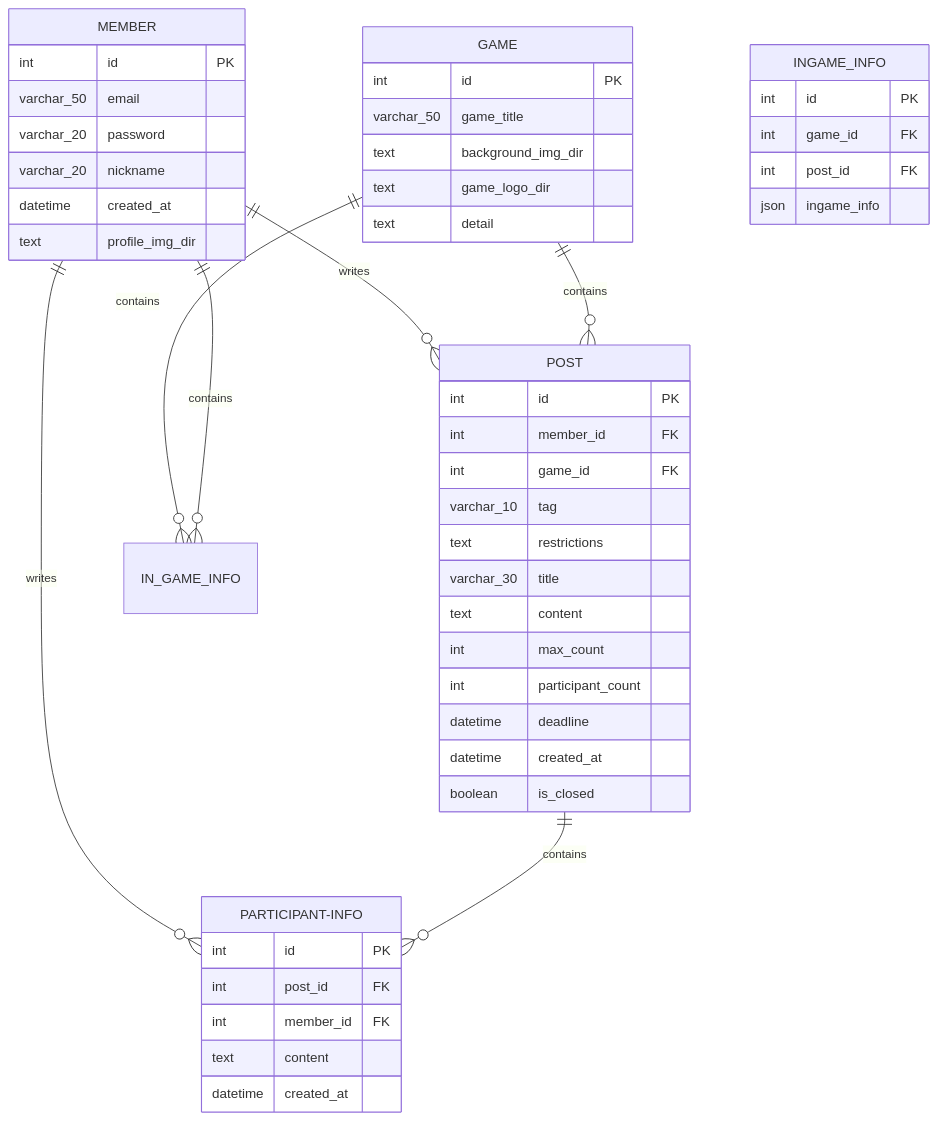
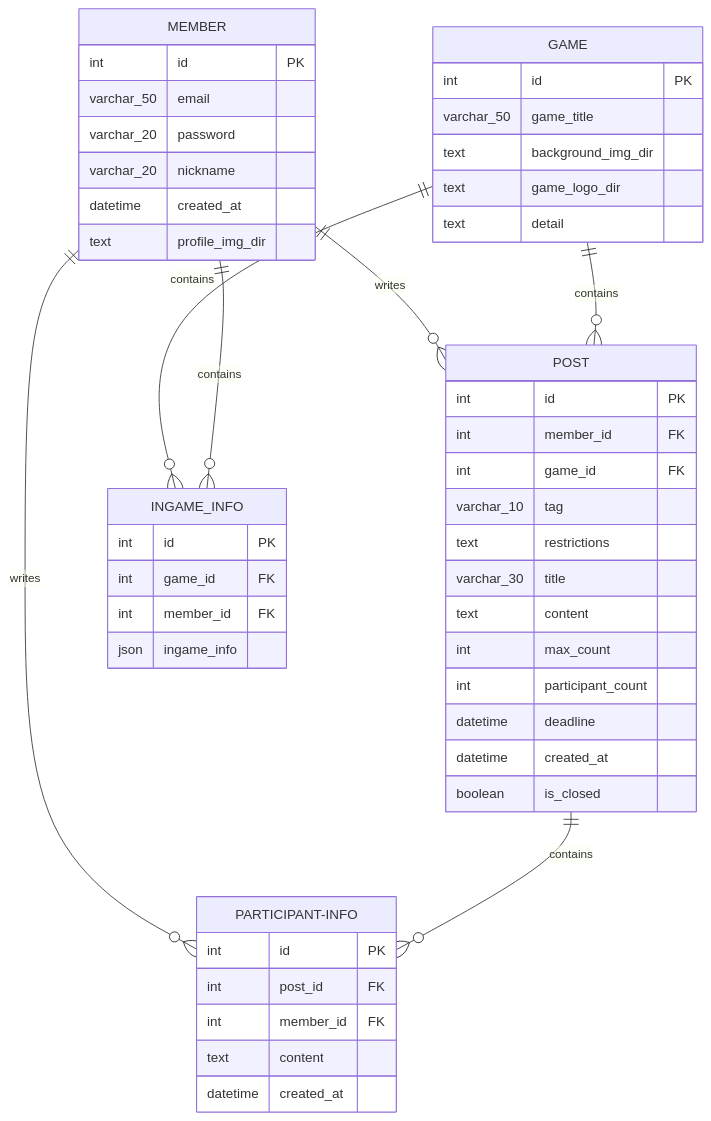
One commit to ByungChanP/4I-s---Propject changed the diagram in docs/02_design/02_erd.md. Above: the diagram before and after it, drawn with Mermaid. The commit also changed 7 other files, not shown here.

Commit message:
git IngameInfo

````diff
--- a/docs/02_design/02_erd.md
+++ b/docs/02_design/02_erd.md
@@ -13,58 +13,58 @@
 ```mermaid
 erDiagram
     MEMBER ||--o{ POST : writes
     MEMBER ||--o{ PARTICIPANT-INFO : writes
     POST ||--o{ PARTICIPANT-INFO : contains
     GAME ||--o{ POST : contains
-    GAME ||--o{ IN_GAME_INFO : contains
-    MEMBER ||--o{ IN_GAME_INFO : contains
+    GAME ||--o{ INGAME_INFO : contains
+    MEMBER ||--o{ INGAME_INFO : contains
 
     MEMBER {
         int id PK
         varchar_50 email
         varchar_20 password
         varchar_20 nickname
         datetime created_at
         text profile_img_dir
     }
 
     POST {
         int id PK
         int member_id FK
         int game_id FK
         varchar_10 tag
         text restrictions
         varchar_30 title
         text content
         int max_count
         int participant_count
         datetime deadline
         datetime created_at
         boolean is_closed
         
     }
 
     PARTICIPANT-INFO {
         int id PK
         int post_id FK
         int member_id FK
         text content
         datetime created_at
     }
 
     GAME {
         int id PK
         varchar_50 game_title
         text background_img_dir
         text game_logo_dir
         text detail  
     }
 
     INGAME_INFO{
         int id PK
         int game_id FK
-        int post_id FK
+        int member_id FK
         json ingame_info
     }
 
 ```
````
